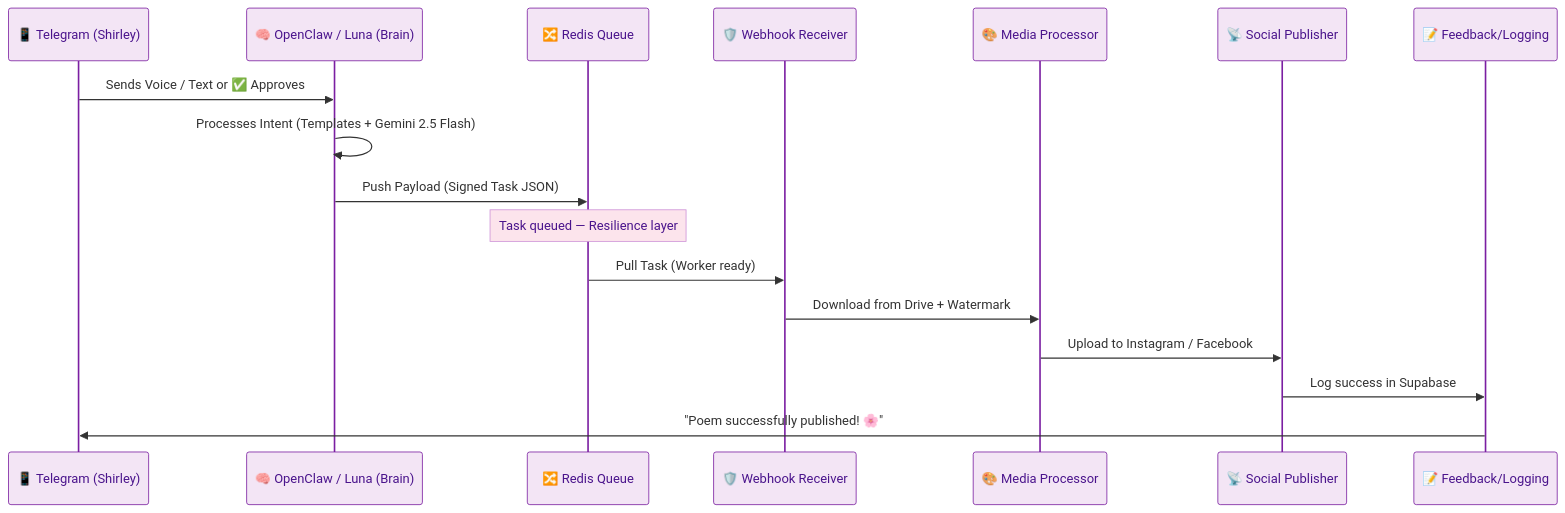
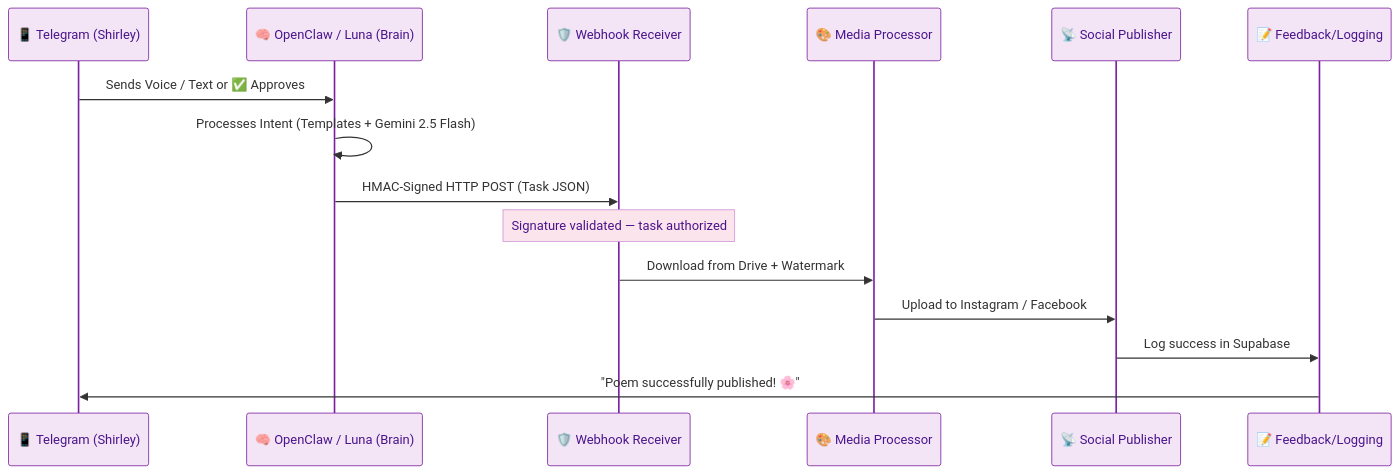
The second of 3 diagrams in specs/architecture.md (aleocampodev/LobsterMarketing), drawn with Mermaid before and after one commit. The commit also changed other lines of this file and 16 other files, not shown here.

First line of the commit message:
docs: remove Upstash Redis from architecture — direct HMAC webhook (ADR-003)

````diff
--- a/specs/architecture.md
+++ b/specs/architecture.md
@@ -104,33 +99,31 @@
 ```mermaid
 %%{init: {'theme': 'base', 'themeVariables': {
   'actorTextColor': '#4A148C',
   'actorBorder': '#7B1FA2',
   'actorBkg': '#F3E5F5',
   'activationBorderColor': '#F57F17',
   'activationBkgColor': '#FFF8E1',
   'sequenceNumberColor': '#4A148C',
   'noteBorderColor': '#CE93D8',
   'noteBkgColor': '#FCE4EC',
   'noteTextColor': '#4A148C',
   'labelTextColor': '#4A148C',
   'loopTextColor': '#F57F17'
 }}}%%
 sequenceDiagram
     participant T as 📱 Telegram (Shirley)
     participant O as 🧠 OpenClaw / Luna (Brain)
-    participant R as 🔀 Redis Queue
     participant W as 🛡️ Webhook Receiver
     participant MP as 🎨 Media Processor
     participant SP as 📡 Social Publisher
     participant FL as 📝 Feedback/Logging
 
     T->>O: Sends Voice / Text or ✅ Approves
     O->>O: Processes Intent (Templates + Gemini 2.5 Flash)
-    O->>R: Push Payload (Signed Task JSON)
-    Note over R: Task queued — Resilience layer
-    R->>W: Pull Task (Worker ready)
+    O->>W: HMAC-Signed HTTP POST (Task JSON)
+    Note over W: Signature validated — task authorized
     W->>MP: Download from Drive + Watermark
     MP->>SP: Upload to Instagram / Facebook
     SP->>FL: Log success in Supabase
     FL->>T: "Poem successfully published! 🌸"
 ```
````
